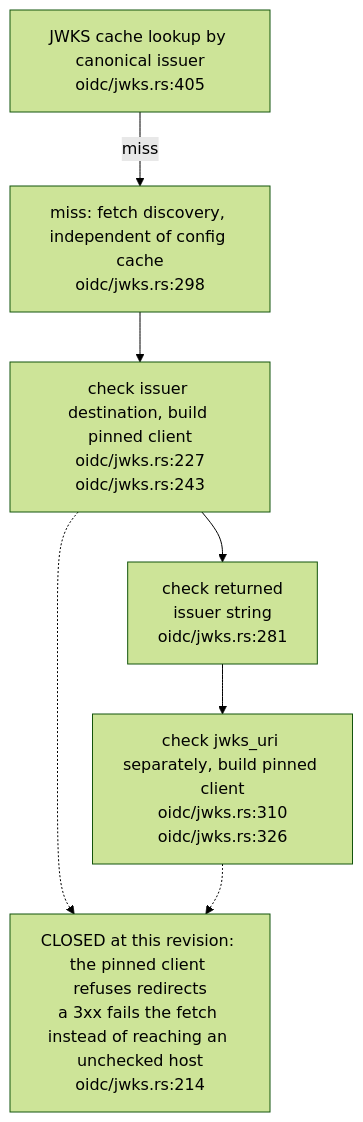
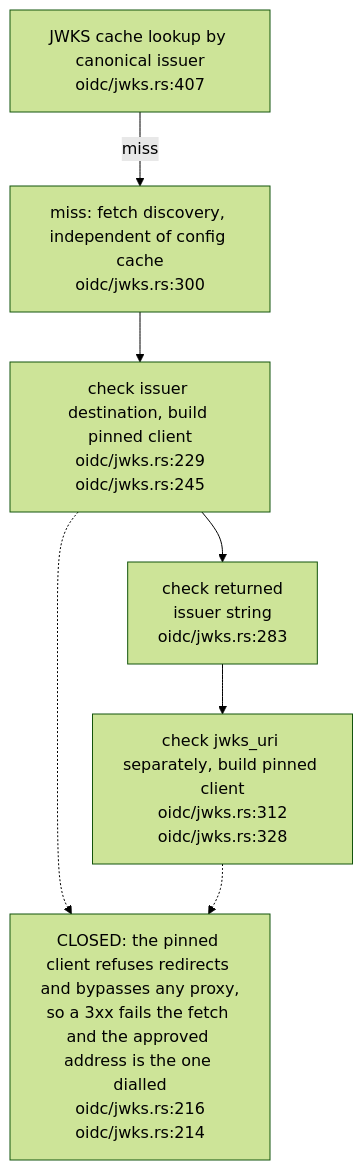
Before and after one commit to DreamLab-AI/VisionFlow: the eighth of 18 diagrams in docs/diagrams/solid-pod-rs/05-identity-nip98-did-oidc.md, drawn with Mermaid (forest theme). The commit also changed other lines of this file and 2 other files, not shown here.

First line of the commit message:
docs(diagrams): SP-05, SP-11, SP-12 re-verified at solid-pod-rs a28a748

````diff
--- a/docs/diagrams/solid-pod-rs/05-identity-nip98-did-oidc.md
+++ b/docs/diagrams/solid-pod-rs/05-identity-nip98-did-oidc.md
@@ -248,12 +264,12 @@
 ```mermaid
 flowchart TD
-    CACHE["JWKS cache lookup by canonical issuer<br/>oidc/jwks.rs:405"]
-    DISC["miss: fetch discovery, independent of config cache<br/>oidc/jwks.rs:298"]
-    POLICY["check issuer destination, build pinned client<br/>oidc/jwks.rs:227<br/>oidc/jwks.rs:243"]
-    ISS["check returned<br/>issuer string<br/>oidc/jwks.rs:281"]
-    JWK["check jwks_uri separately, build pinned client<br/>oidc/jwks.rs:310<br/>oidc/jwks.rs:326"]
-    GAP["CLOSED at this revision: the pinned client refuses redirects<br/>a 3xx fails the fetch instead of reaching an unchecked host<br/>oidc/jwks.rs:214"]
+    CACHE["JWKS cache lookup by canonical issuer<br/>oidc/jwks.rs:407"]
+    DISC["miss: fetch discovery, independent of config cache<br/>oidc/jwks.rs:300"]
+    POLICY["check issuer destination, build pinned client<br/>oidc/jwks.rs:229<br/>oidc/jwks.rs:245"]
+    ISS["check returned<br/>issuer string<br/>oidc/jwks.rs:283"]
+    JWK["check jwks_uri separately, build pinned client<br/>oidc/jwks.rs:312<br/>oidc/jwks.rs:328"]
+    GAP["CLOSED: the pinned client refuses redirects and bypasses any proxy,<br/>so a 3xx fails the fetch and the approved address is the one dialled<br/>oidc/jwks.rs:216<br/>oidc/jwks.rs:214"]
     CACHE -->|miss| DISC --> POLICY --> ISS --> JWK
     POLICY -.-> GAP
     JWK -.-> GAP
 ```
````
